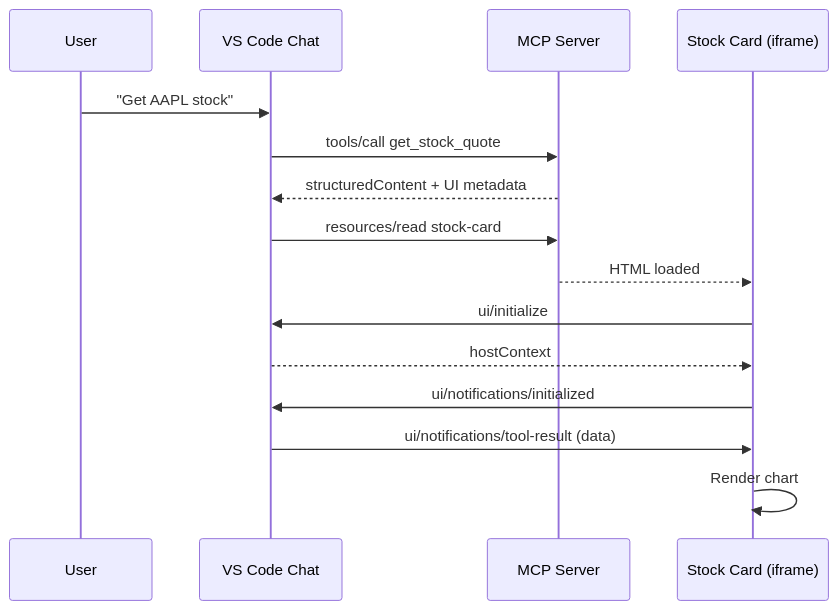
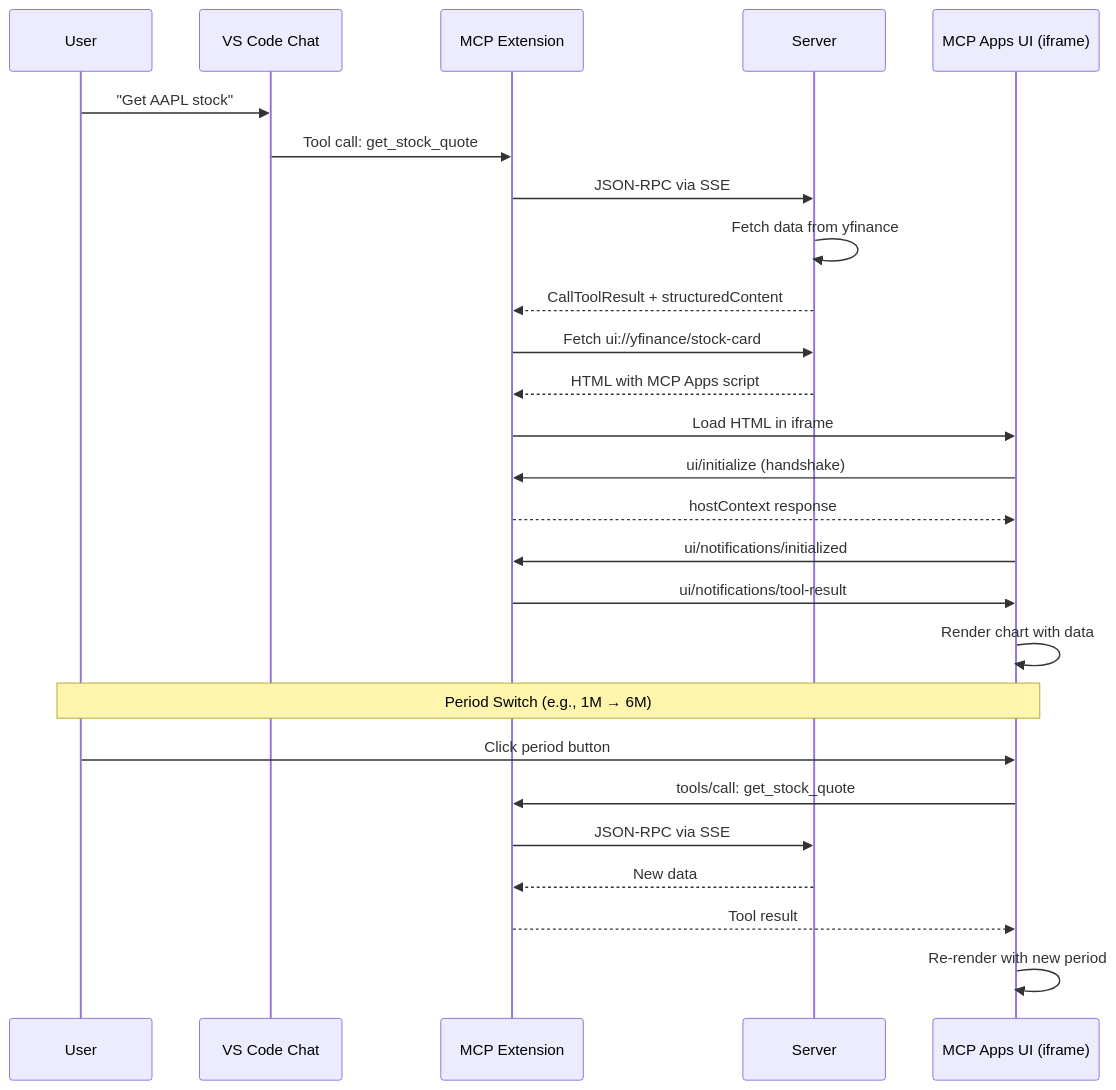
The second of 3 diagrams in README.md (trsdn/mcp-app-yfinance-example), drawn with Mermaid before and after one commit. The commit also changed other lines of this file and 2 other files, not shown here.

````diff
--- a/README.md
+++ b/README.md
@@ -79,18 +59,30 @@
 ```mermaid
 sequenceDiagram
     participant User
     participant Chat as VS Code Chat
-    participant Server as MCP Server
-    participant UI as Stock Card (iframe)
+    participant MCP as MCP Extension
+    participant Server
+    participant UI as MCP Apps UI (iframe)
     
     User->>Chat: "Get AAPL stock"
-    Chat->>Server: tools/call get_stock_quote
-    Server-->>Chat: structuredContent + UI metadata
-    Chat->>Server: resources/read stock-card
-    Server-->>UI: HTML loaded
-    UI->>Chat: ui/initialize
-    Chat-->>UI: hostContext
-    UI->>Chat: ui/notifications/initialized
-    Chat->>UI: ui/notifications/tool-result (data)
-    UI->>UI: Render chart
+    Chat->>MCP: Tool call: get_stock_quote
+    MCP->>Server: JSON-RPC via SSE
+    Server->>Server: Fetch data from yfinance
+    Server-->>MCP: CallToolResult + structuredContent
+    MCP->>Server: Fetch ui://yfinance/stock-card
+    Server-->>MCP: HTML with MCP Apps script
+    MCP->>UI: Load HTML in iframe
+    UI->>MCP: ui/initialize (handshake)
+    MCP-->>UI: hostContext response
+    UI->>MCP: ui/notifications/initialized
+    MCP->>UI: ui/notifications/tool-result
+    UI->>UI: Render chart with data
+    
+    Note over User,UI: Period Switch (e.g., 1M → 6M)
+    User->>UI: Click period button
+    UI->>MCP: tools/call: get_stock_quote
+    MCP->>Server: JSON-RPC via SSE
+    Server-->>MCP: New data
+    MCP-->>UI: Tool result
+    UI->>UI: Re-render with new period
 ```
````
